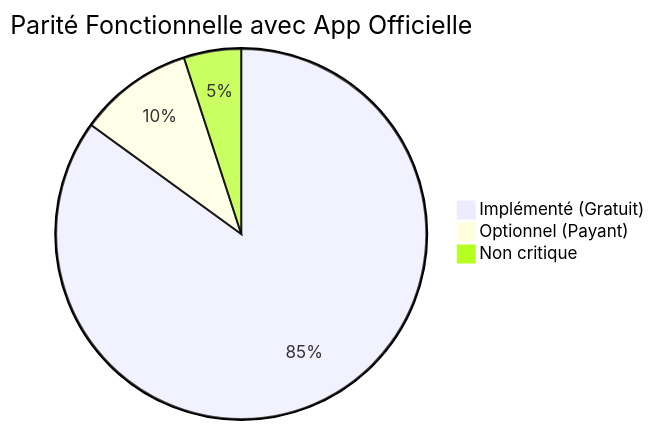
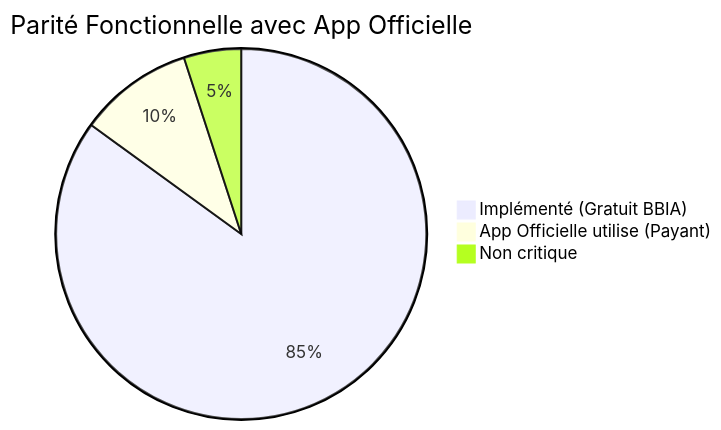
The first of 3 diagrams in docs/quality/audits/RESUME_ETAT_ACTUEL_BBIA.md (arkalia-luna-system/bbia-sim), drawn with Mermaid before and after one commit. The commit also changed other lines of this file and 4 other files, not shown here.

````diff
--- a/docs/quality/audits/RESUME_ETAT_ACTUEL_BBIA.md
+++ b/docs/quality/audits/RESUME_ETAT_ACTUEL_BBIA.md
@@ -11,7 +11,7 @@
 ```mermaid
 pie title Parité Fonctionnelle avec App Officielle
-    "Implémenté (Gratuit)" : 85
-    "Optionnel (Payant)" : 10
+    "Implémenté (Gratuit BBIA)" : 85
+    "App Officielle utilise (Payant)" : 10
     "Non critique" : 5
 
 ```
````
